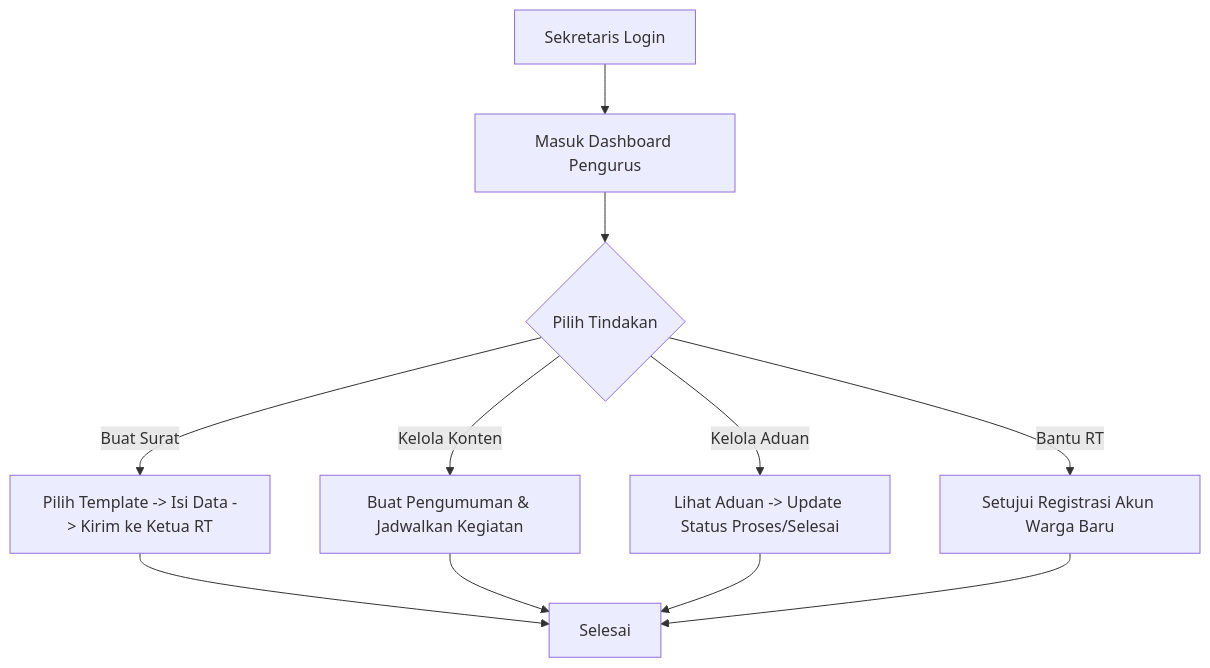
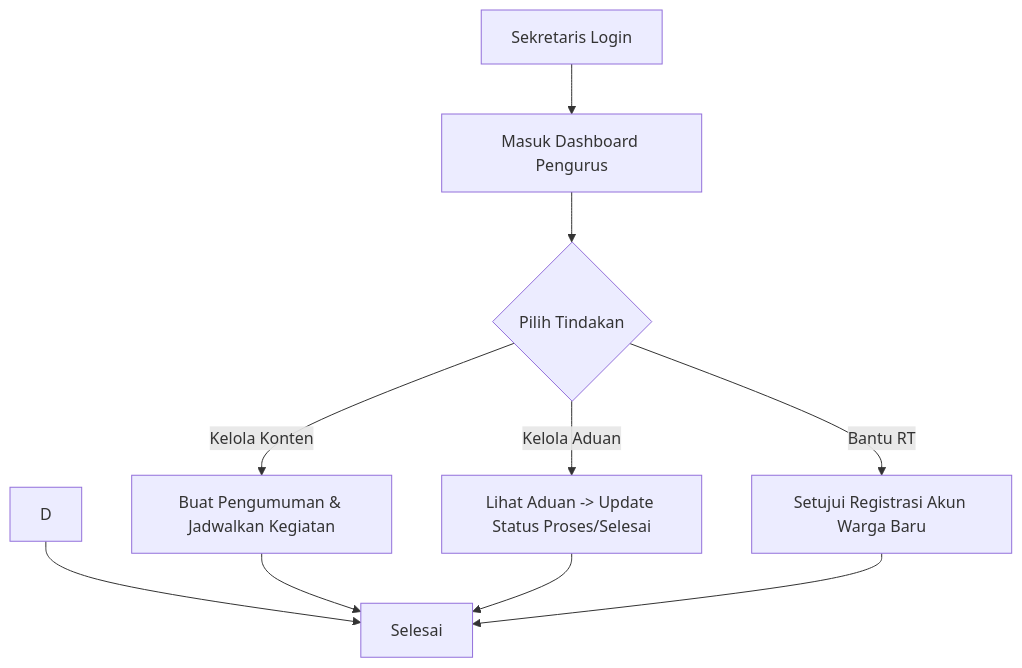
The first of 2 diagrams in docs/roles/sekretaris.md (Araihan413/wargaku), drawn with Mermaid before and after one commit. The commit also changed other lines of this file and 5 other files, not shown here.

````diff
--- a/docs/roles/sekretaris.md
+++ b/docs/roles/sekretaris.md
@@ -57,15 +43,13 @@
 ```mermaid
 flowchart TD
     A[Sekretaris Login] --> B[Masuk Dashboard Pengurus]
     B --> C{Pilih Tindakan}
-    
-    C -->|Buat Surat| D[Pilih Template -> Isi Data -> Kirim ke Ketua RT]
     C -->|Kelola Konten| E[Buat Pengumuman & Jadwalkan Kegiatan]
     C -->|Kelola Aduan| F[Lihat Aduan -> Update Status Proses/Selesai]
     C -->|Bantu RT| G[Setujui Registrasi Akun Warga Baru]
     
     D --> H[Selesai]
     E --> H
     F --> H
     G --> H
 ```
````
